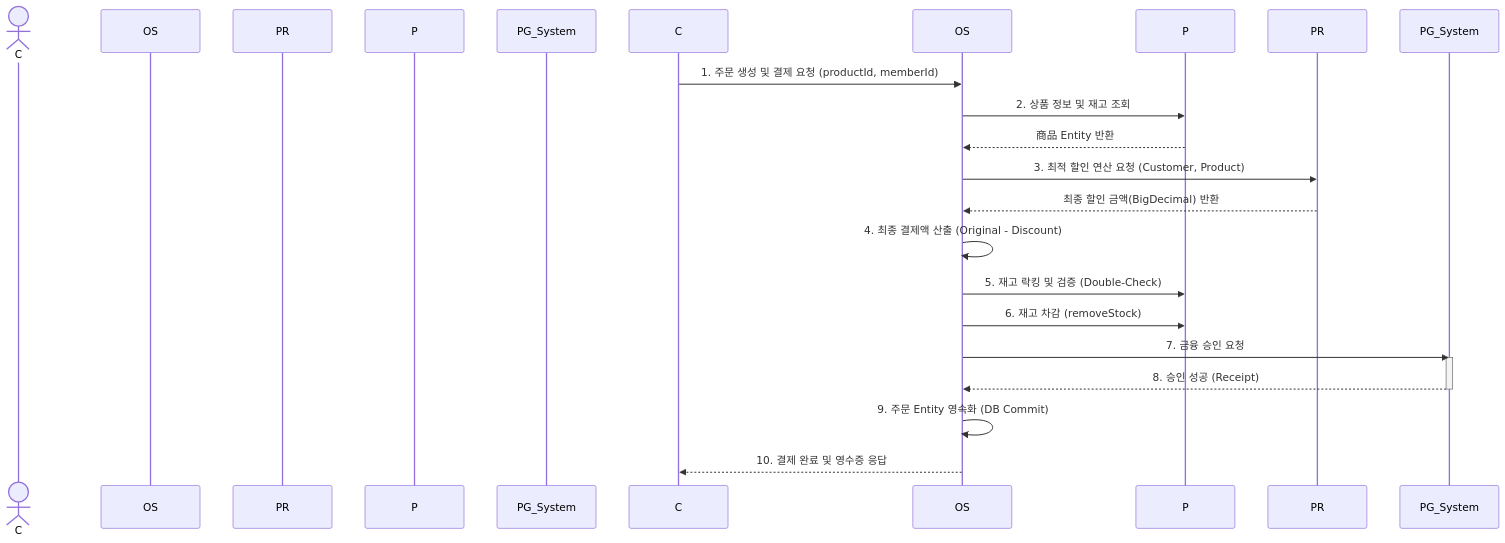
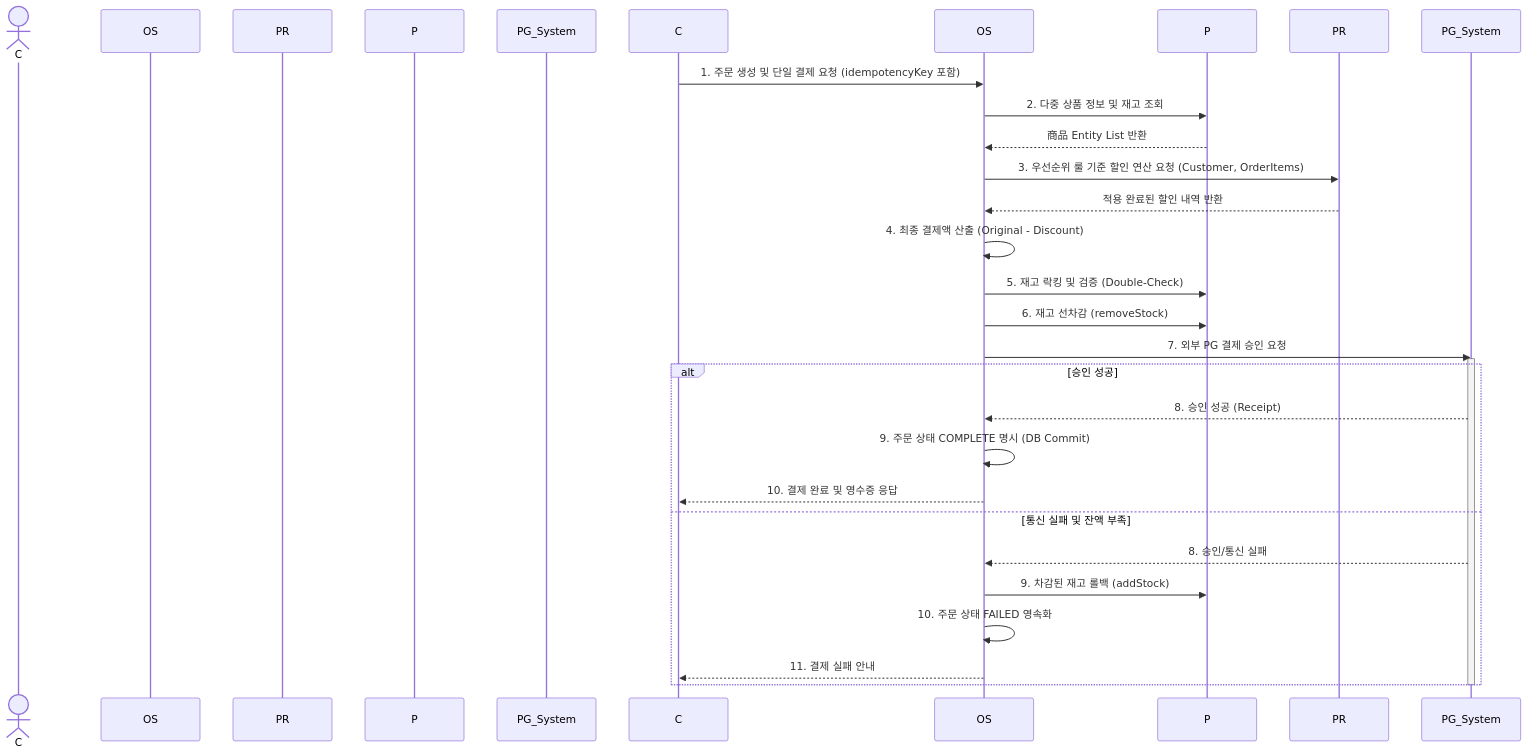
Before and after one commit to dlwlssud123/OSS_shopping: the third of 3 diagrams in Analysis_22212025_이진녕.md, drawn with Mermaid. The commit also changed other lines of this file, not shown here.

````diff
--- a/Analysis_22212025_이진녕.md
+++ b/Analysis_22212025_이진녕.md
@@ -211,23 +223,30 @@
 ```mermaid
 sequenceDiagram
     actor Customer as C
     participant OrderService as OS
     participant PolicyResolver as PR
     participant Product as P
     participant PG as PG_System
 
-    C->>OS: 1. 주문 생성 및 결제 요청 (productId, memberId)
-    OS->>P: 2. 상품 정보 및 재고 조회
-    P-->>OS: 商品 Entity 반환
-    OS->>PR: 3. 최적 할인 연산 요청 (Customer, Product)
-    PR-->>OS: 최종 할인 금액(BigDecimal) 반환
+    C->>OS: 1. 주문 생성 및 단일 결제 요청 (idempotencyKey 포함)
+    OS->>P: 2. 다중 상품 정보 및 재고 조회
+    P-->>OS: 商品 Entity List 반환
+    OS->>PR: 3. 우선순위 룰 기준 할인 연산 요청 (Customer, OrderItems)
+    PR-->>OS: 적용 완료된 할인 내역 반환
     OS->>OS: 4. 최종 결제액 산출 (Original - Discount)
     OS->>P: 5. 재고 락킹 및 검증 (Double-Check)
-    OS->>P: 6. 재고 차감 (removeStock)
-    OS->>PG_System: 7. 금융 승인 요청
+    OS->>P: 6. 재고 선차감 (removeStock)
+    OS->>PG_System: 7. 외부 PG 결제 승인 요청
     activate PG_System
-    PG_System-->>OS: 8. 승인 성공 (Receipt)
+    alt 승인 성공
+        PG_System-->>OS: 8. 승인 성공 (Receipt)
+        OS->>OS: 9. 주문 상태 COMPLETE 명시 (DB Commit)
+        OS-->>C: 10. 결제 완료 및 영수증 응답
+    else 통신 실패 및 잔액 부족
+        PG_System-->>OS: 8. 승인/통신 실패
+        OS->>P: 9. 차감된 재고 롤백 (addStock)
+        OS->>OS: 10. 주문 상태 FAILED 영속화
+        OS-->>C: 11. 결제 실패 안내
+    end
     deactivate PG_System
-    OS->>OS: 9. 주문 Entity 영속화 (DB Commit)
-    OS-->>C: 10. 결제 완료 및 영수증 응답
 ```
````
